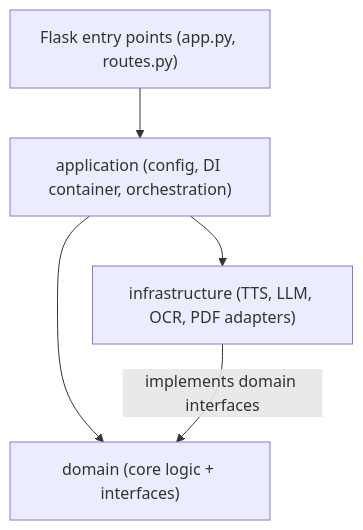
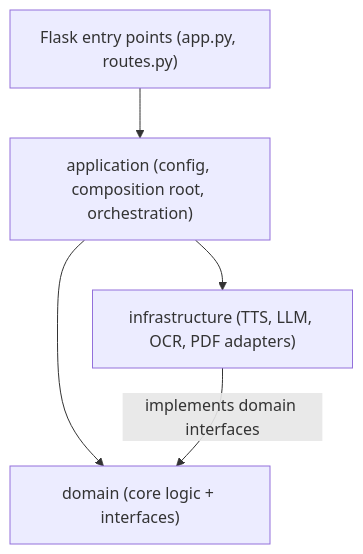
Before and after one commit to nbhansen/VerbatimPapers: the second of 2 diagrams in README.md, drawn with Mermaid. The commit also changed other lines of this file and 28 other files, not shown here.

````diff
--- a/README.md
+++ b/README.md
@@ -115,7 +115,7 @@
 ```mermaid
 graph TD
-    Web["Flask entry points (app.py, routes.py)"] --> App["application (config, DI container, orchestration)"]
+    Web["Flask entry points (app.py, routes.py)"] --> App["application (config, composition root, orchestration)"]
     App --> Domain["domain (core logic + interfaces)"]
     App --> Infra["infrastructure (TTS, LLM, OCR, PDF adapters)"]
     Infra -->|implements domain interfaces| Domain
 ```
````
